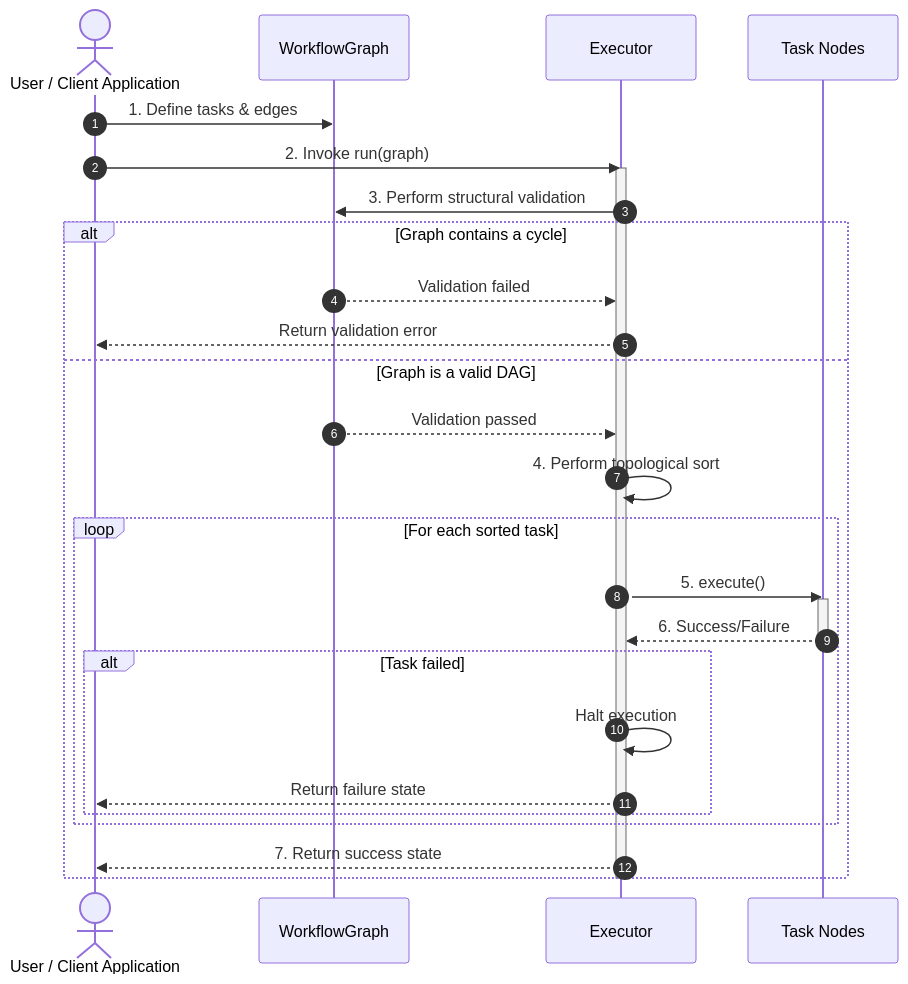
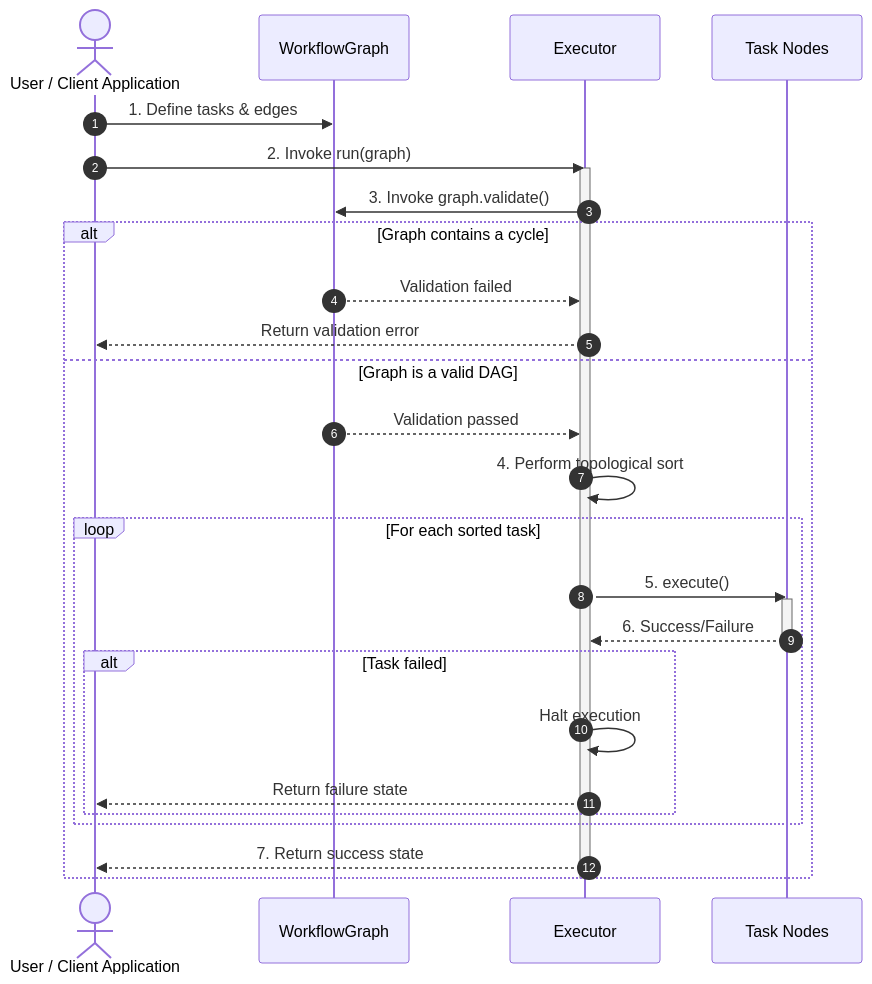
Before and after one commit to Rotott/FlowKit: the second of 2 diagrams in docs/architecture.md, drawn with Mermaid. The commit also changed other lines of this file and 2 other files, not shown here.

First line of the commit message:
Update docs: architecture, summary, requirements

````diff
--- a/docs/architecture.md
+++ b/docs/architecture.md
@@ -86,41 +86,40 @@
 ```mermaid
 sequenceDiagram
     autonumber
     actor Client as User / Client Application
     participant Graph as WorkflowGraph
     participant Exec as Executor
     participant Task as Task Nodes
 
     Client->>Graph: 1. Define tasks & edges
     Client->>Exec: 2. Invoke run(graph)
 
     activate Exec
-    Exec->>Graph: 3. Perform structural validation
+    Exec->>Graph: 3. Invoke graph.validate()
 
     alt Graph contains a cycle
         Graph-->>Exec: Validation failed
         Exec-->>Client: Return validation error
 
     else Graph is a valid DAG
         Graph-->>Exec: Validation passed
 
         Exec->>Exec: 4. Perform topological sort
 
         loop For each sorted task
             Exec->>Task: 5. execute()
             activate Task
             Task-->>Exec: 6. Success/Failure
             deactivate Task
 
             alt Task failed
                 Exec->>Exec: Halt execution
                 Exec-->>Client: Return failure state
             end
         end
 
         Exec-->>Client: 7. Return success state
     end
 
     deactivate Exec
-   
-   ```
+```
````
